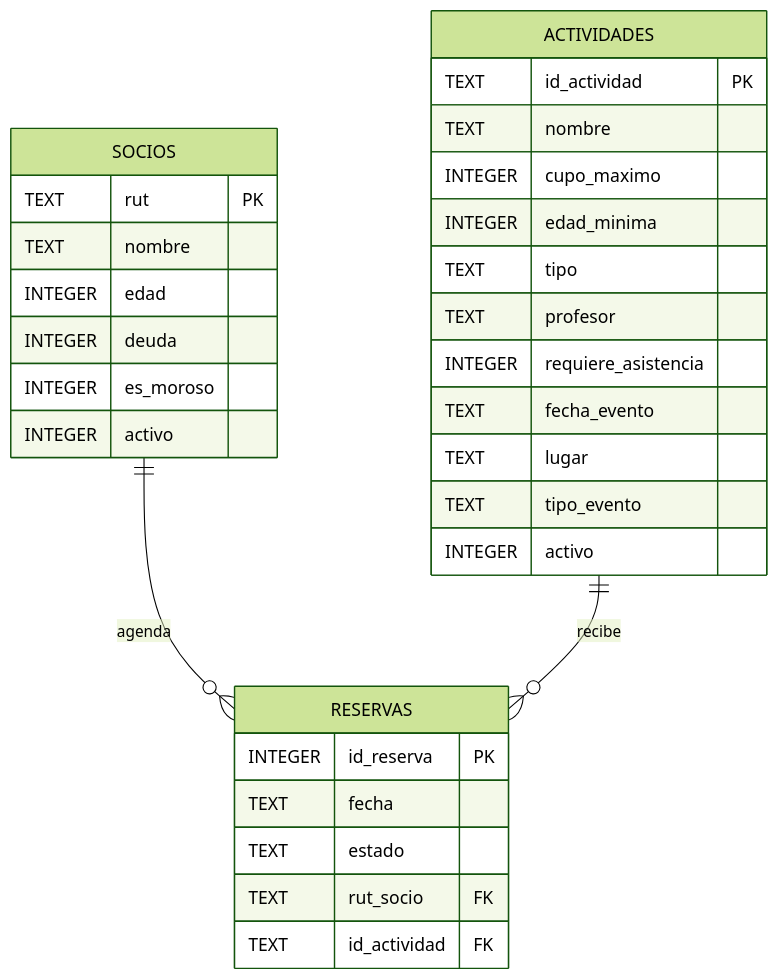
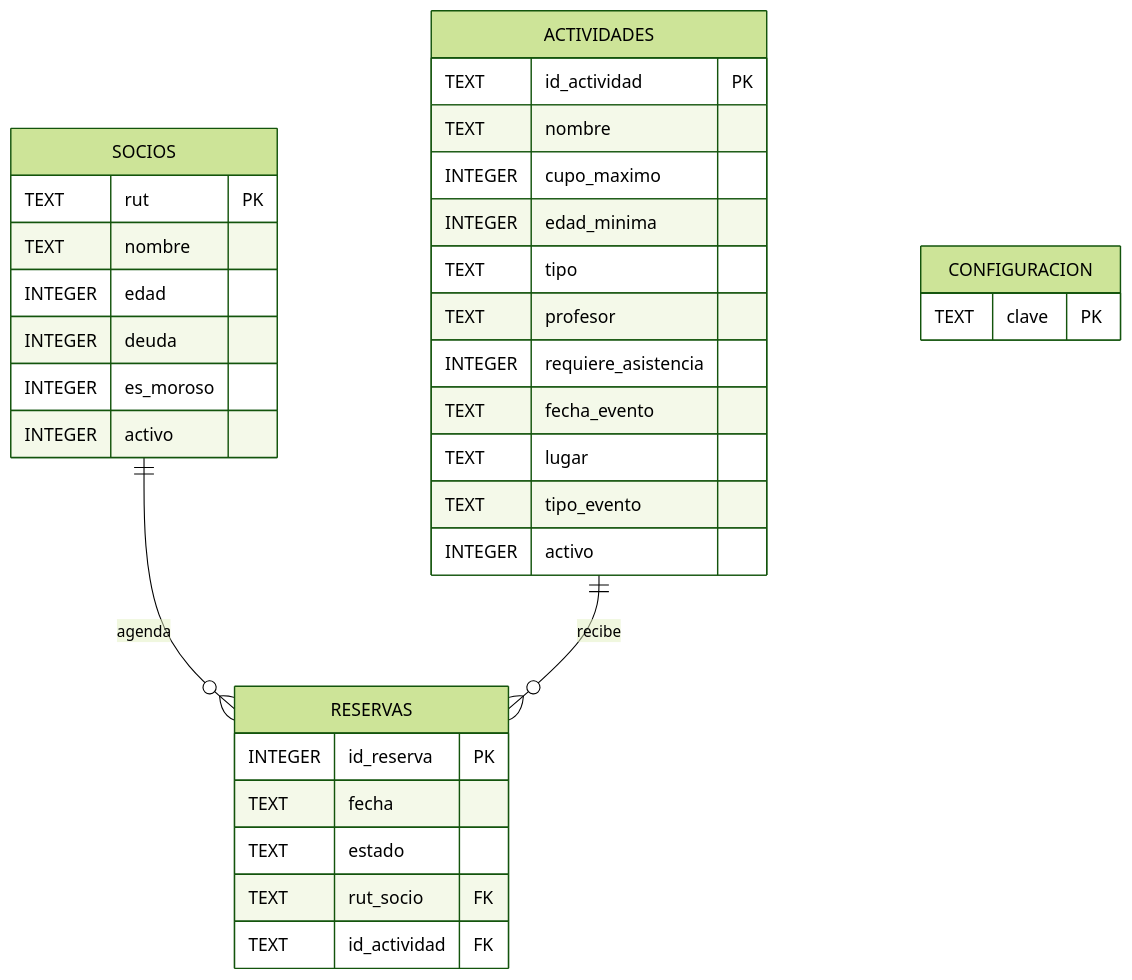
One commit to L3v1smpr/ProyectoProgramacionAvanzadaUno changed the diagram in planificacion/Diagrama Entidad-Relacion.md. Above: the diagram before and after it, drawn with Mermaid (forest theme). The commit also changed 8 other files, not shown here.

````diff
--- a/planificacion/Diagrama Entidad-Relacion.md
+++ b/planificacion/Diagrama Entidad-Relacion.md
@@ -1,36 +1,40 @@
 ```mermaid
 erDiagram
     SOCIOS {
         TEXT rut PK
         TEXT nombre
         INTEGER edad
         INTEGER deuda
         INTEGER es_moroso
         INTEGER activo
     }
 
     ACTIVIDADES {
         TEXT id_actividad PK
         TEXT nombre
         INTEGER cupo_maximo
         INTEGER edad_minima
         TEXT tipo
         TEXT profesor
         INTEGER requiere_asistencia
         TEXT fecha_evento
         TEXT lugar
         TEXT tipo_evento
         INTEGER activo
     }
 
     RESERVAS {
         INTEGER id_reserva PK
         TEXT fecha
         TEXT estado
         TEXT rut_socio FK
         TEXT id_actividad FK
     }
 
+    CONFIGURACION {
+        TEXT clave PK
+    }
+
     SOCIOS ||--o{ RESERVAS : "agenda"
     ACTIVIDADES ||--o{ RESERVAS : "recibe"
 ```
````
